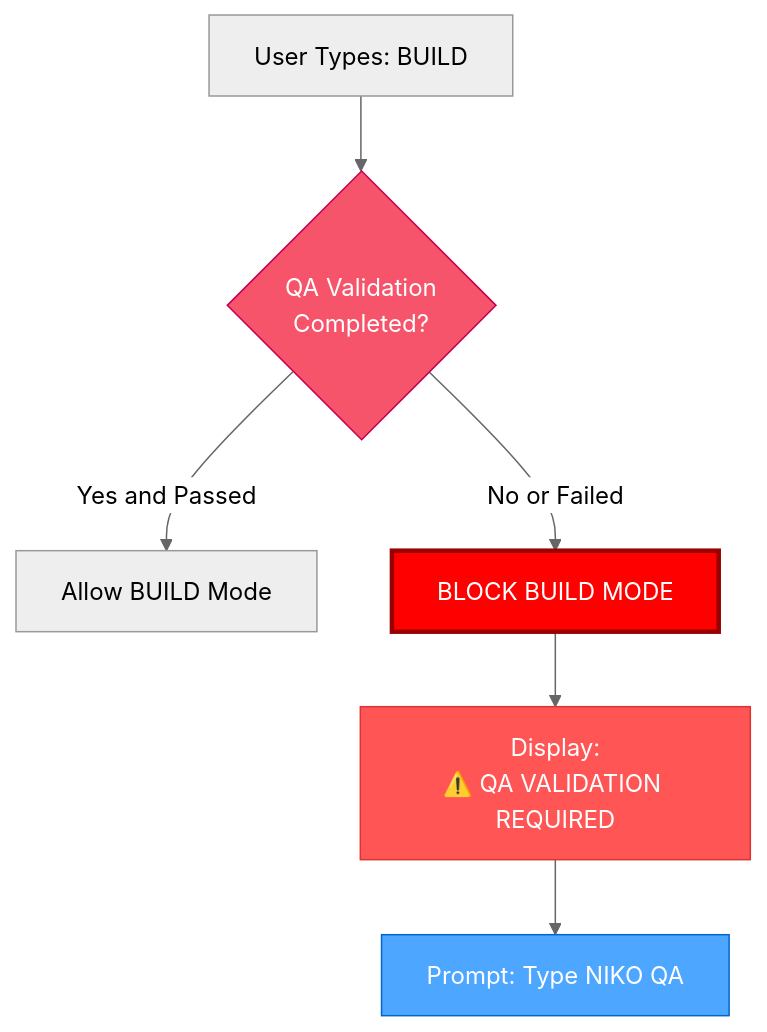
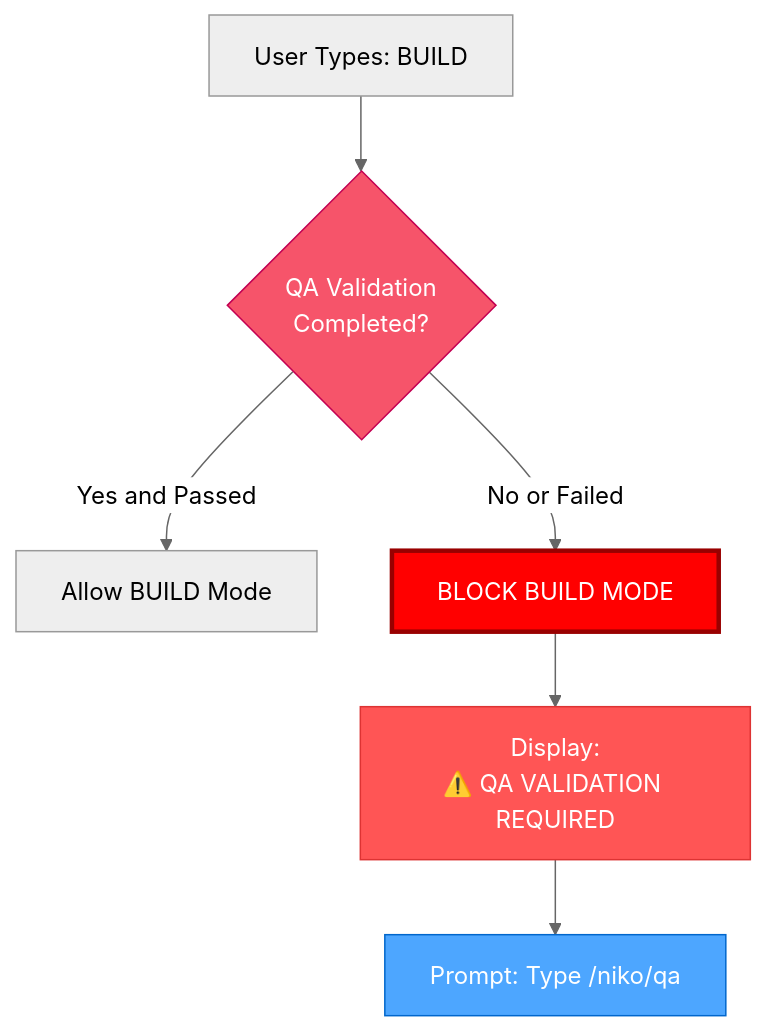
One commit to Texarkanine/.cursor-rules changed the diagram in rulesets/niko/niko/visual-maps/van_mode_split/van-qa-utils/mode-transitions.mdc. Above: the diagram before and after it, drawn with Mermaid (neutral theme). The commit also changed other lines of this file and 9 other files, not shown here.

````diff
--- a/rulesets/niko/niko/visual-maps/van_mode_split/van-qa-utils/mode-transitions.mdc
+++ b/rulesets/niko/niko/visual-maps/van_mode_split/van-qa-utils/mode-transitions.mdc
@@ -14,13 +14,13 @@
 ```mermaid
 graph TD
     Start["User Types: BUILD"] --> CheckQA{"QA Validation<br>Completed?"}
     CheckQA -->|"Yes and Passed"| AllowBuild["Allow BUILD Mode"]
     CheckQA -->|"No or Failed"| BlockBuild["BLOCK BUILD MODE"]
     BlockBuild --> Message["Display:<br>⚠️ QA VALIDATION REQUIRED"]
-    Message --> ReturnToVANQA["Prompt: Type NIKO QA"]
+    Message --> ReturnToVANQA["Prompt: Type /niko/qa"]
     
     style CheckQA fill:#f6546a,stroke:#c30052,color:white
     style BlockBuild fill:#ff0000,stroke:#990000,color:white,stroke-width:3px
     style Message fill:#ff5555,stroke:#dd3333,color:white
     style ReturnToVANQA fill:#4da6ff,stroke:#0066cc,color:white
 ```
````
